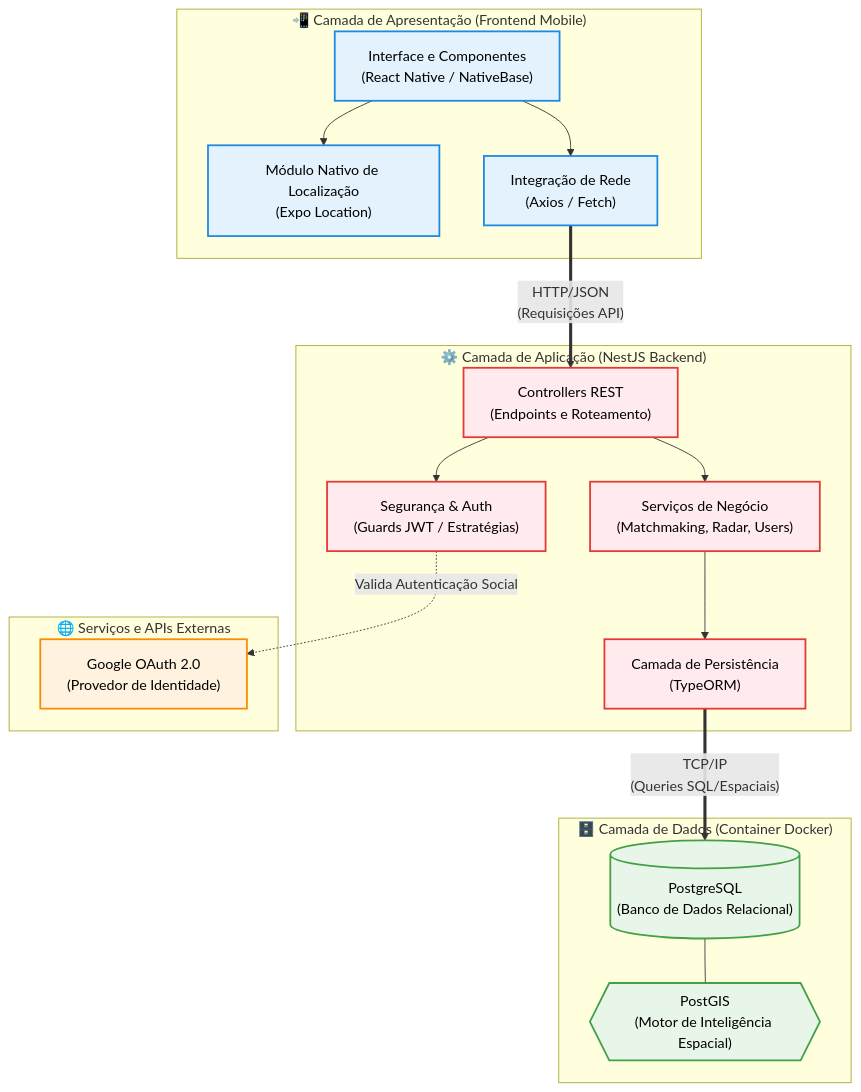
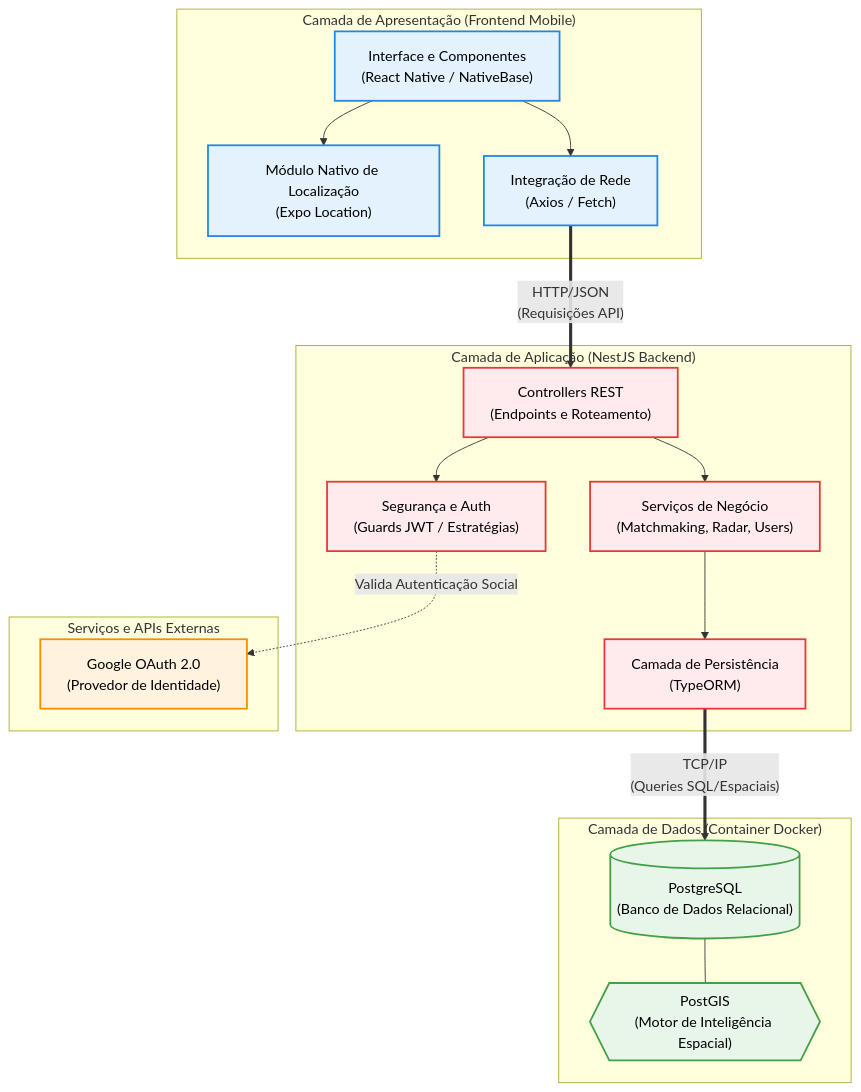
The diagram in docs/arquitetura.md (LuizFelixDev/iservice-api), drawn with Mermaid before and after one commit. The commit also changed other lines of this file, not shown here.

````diff
--- a/docs/arquitetura.md
+++ b/docs/arquitetura.md
@@ -14,50 +14,47 @@
-```mermaid
+~~~mermaid
 flowchart TD
-    %% Definição de Cores e Estilos
     classDef frontend fill:#e3f2fd,stroke:#1e88e5,stroke-width:2px,color:#000
     classDef backend fill:#ffebee,stroke:#e53935,stroke-width:2px,color:#000
     classDef database fill:#e8f5e9,stroke:#43a047,stroke-width:2px,color:#000
     classDef external fill:#fff3e0,stroke:#fb8c00,stroke-width:2px,color:#000
 
-    subgraph Cliente ["📲 Camada de Apresentação (Frontend Mobile)"]
+    subgraph Cliente ["Camada de Apresentação (Frontend Mobile)"]
         UI["Interface e Componentes\n(React Native / NativeBase)"]
         GPS["Módulo Nativo de Localização\n(Expo Location)"]
         ClientAPI["Integração de Rede\n(Axios / Fetch)"]
 
         UI --> GPS
         UI --> ClientAPI
     end
 
-    subgraph Servidor ["⚙️ Camada de Aplicação (NestJS Backend)"]
+    subgraph Servidor ["Camada de Aplicação (NestJS Backend)"]
         Controllers["Controllers REST\n(Endpoints e Roteamento)"]
-        Guards["Segurança & Auth\n(Guards JWT / Estratégias)"]
+        Guards["Segurança e Auth\n(Guards JWT / Estratégias)"]
         Services["Serviços de Negócio\n(Matchmaking, Radar, Users)"]
         ORM["Camada de Persistência\n(TypeORM)"]
 
         Controllers --> Guards
         Controllers --> Services
         Services --> ORM
     end
 
-    subgraph Persistencia ["🗄️ Camada de Dados (Container Docker)"]
+    subgraph Persistencia ["Camada de Dados (Container Docker)"]
         Postgres[("PostgreSQL\n(Banco de Dados Relacional)")]
         PostGIS{{"PostGIS\n(Motor de Inteligência Espacial)"}}
 
         Postgres --- PostGIS
     end
 
-    subgraph Externo ["🌐 Serviços e APIs Externas"]
+    subgraph Externo ["Serviços e APIs Externas"]
         Google["Google OAuth 2.0\n(Provedor de Identidade)"]
     end
 
-    %% Relacionamentos Principais (Comunicação entre camadas)
     ClientAPI == "HTTP/JSON\n(Requisições API)" ==> Controllers
     Guards -. "Valida Autenticação Social" .-> Google
     ORM == "TCP/IP\n(Queries SQL/Espaciais)" ==> Postgres
 
-    %% Aplicação das classes de estilo
     class UI,GPS,ClientAPI frontend;
     class Controllers,Guards,Services,ORM backend;
     class Postgres,PostGIS database;
     class Google external;
-```
+~~~
````
